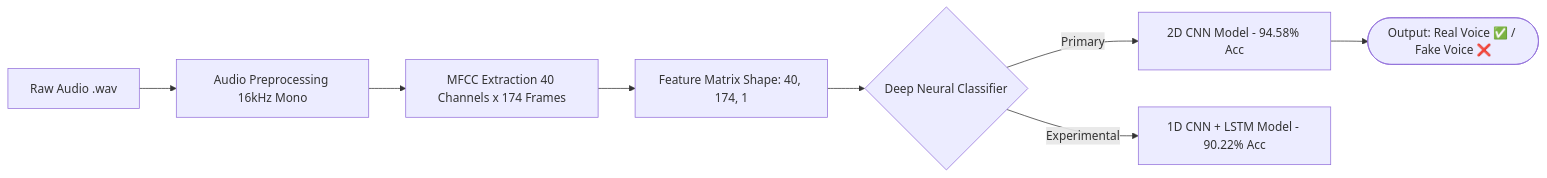
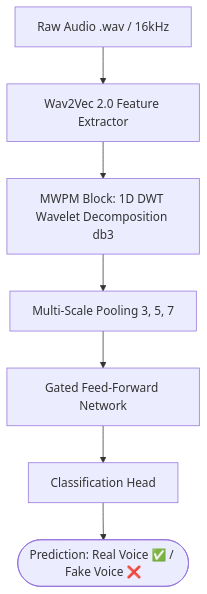
The diagram in README.md (Amshish0712/Deepfake-Voice-Detection), drawn with Mermaid before and after one commit. The commit also changed other lines of this file and 23 other files, not shown here.

````diff
--- a/README.md
+++ b/README.md
@@ -14,10 +25,9 @@
 ```mermaid
-flowchart LR
-    A[Raw Audio .wav] --> B[Audio Preprocessing 16kHz Mono]
-    B --> C[MFCC Extraction 40 Channels x 174 Frames]
-    C --> D[Feature Matrix Shape: 40, 174, 1]
-    D --> E{Deep Neural Classifier}
-    E -->|Primary| F[2D CNN Model - 94.58% Acc]
-    E -->|Experimental| G[1D CNN + LSTM Model - 90.22% Acc]
-    F --> H([Output: Real Voice ✅ / Fake Voice ❌])
+flowchart TD
+    A[Raw Audio .wav / 16kHz] --> B[Wav2Vec 2.0 Feature Extractor]
+    B --> C[MWPM Block: 1D DWT Wavelet Decomposition db3]
+    C --> D[Multi-Scale Pooling 3, 5, 7]
+    D --> E[Gated Feed-Forward Network]
+    E --> F[Classification Head]
+    F --> G([Prediction: Real Voice ✅ / Fake Voice ❌])
 ```
````
